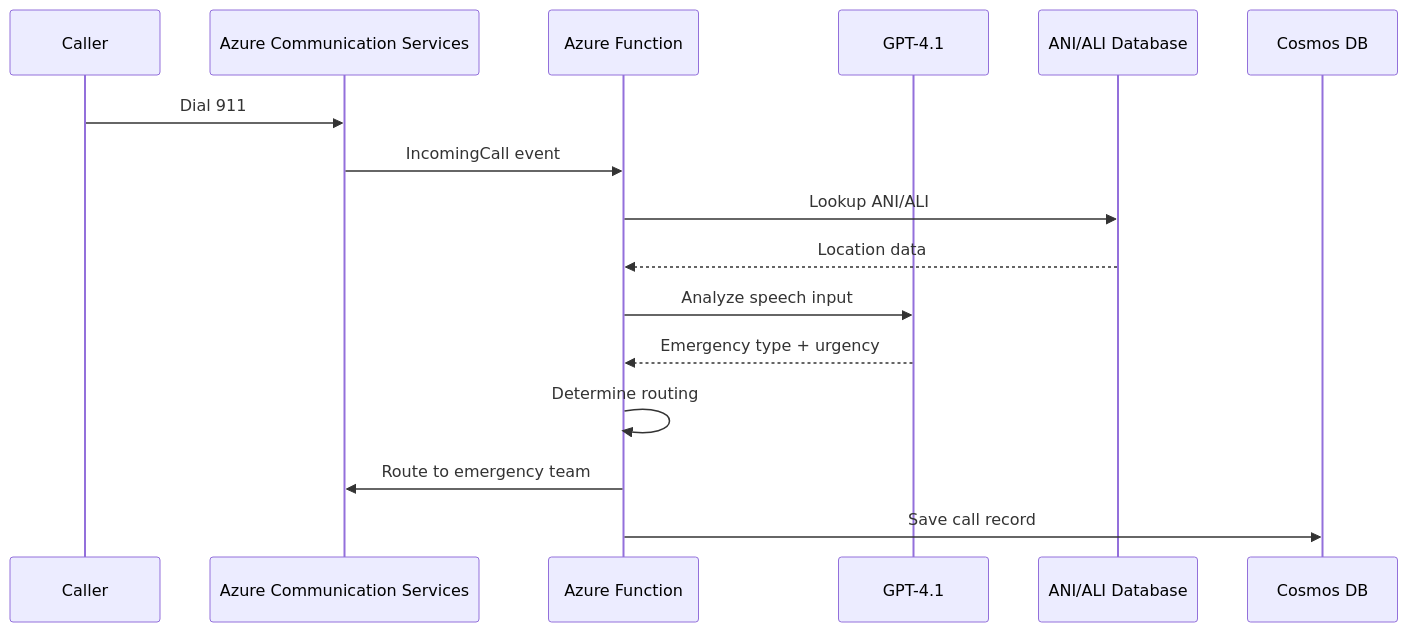
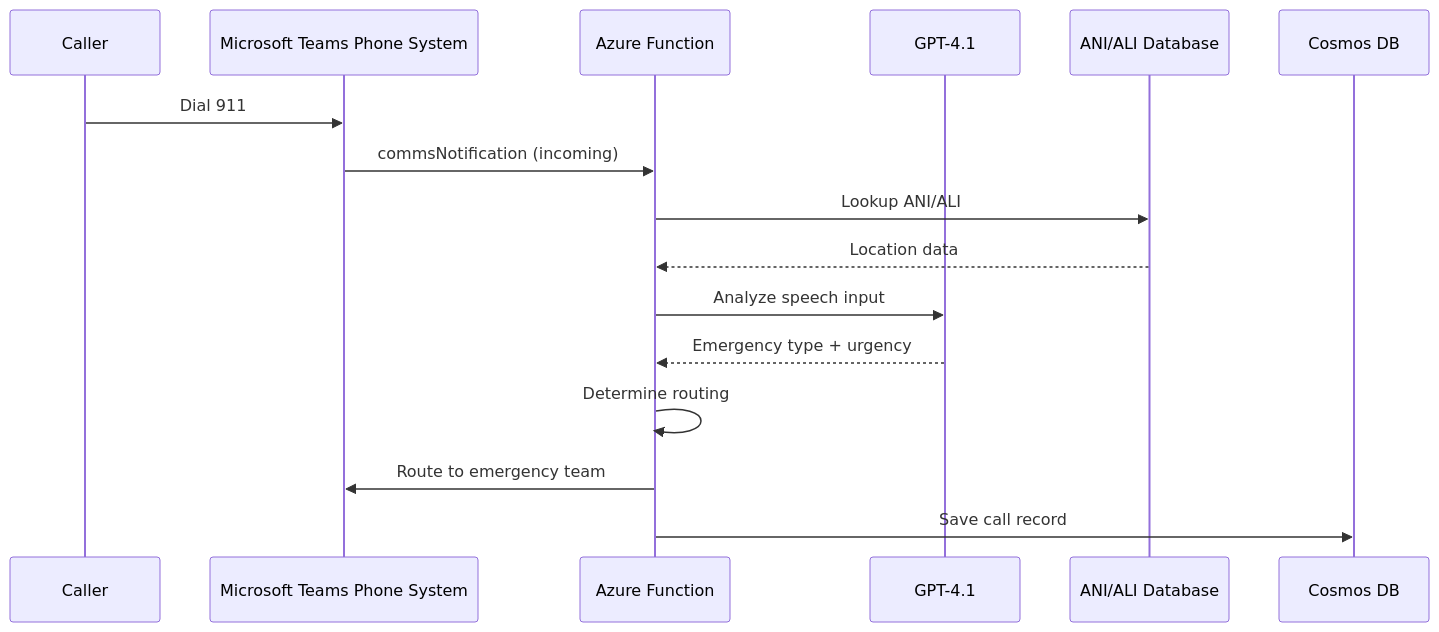
One commit to wtomaz808/e611-IVR changed the first of 4 diagrams in docs/MCP-agentic-config.md. Above: the diagram before and after it, drawn with Mermaid. The commit also changed other lines of this file and 25 other files, not shown here.

First line of the commit message:
docs: remove ACS references, add Teams demo guide

````diff
--- a/docs/MCP-agentic-config.md
+++ b/docs/MCP-agentic-config.md
@@ -66,19 +66,19 @@
 ```mermaid
 sequenceDiagram
     participant Caller
-    participant ACS as Azure Communication Services
+    participant Teams as Microsoft Teams Phone System
     participant Func as Azure Function
     participant GPT as GPT-4.1
     participant DB as ANI/ALI Database
     participant Cosmos as Cosmos DB
 
-    Caller->>ACS: Dial 911
-    ACS->>Func: IncomingCall event
+    Caller->>Teams: Dial 911
+    Teams->>Func: commsNotification (incoming)
     Func->>DB: Lookup ANI/ALI
     DB-->>Func: Location data
     Func->>GPT: Analyze speech input
     GPT-->>Func: Emergency type + urgency
     Func->>Func: Determine routing
-    Func->>ACS: Route to emergency team
+    Func->>Teams: Route to emergency team
     Func->>Cosmos: Save call record
 ```
````
